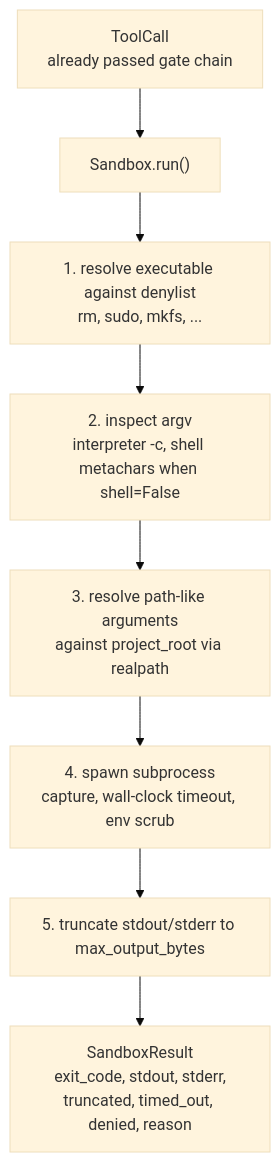
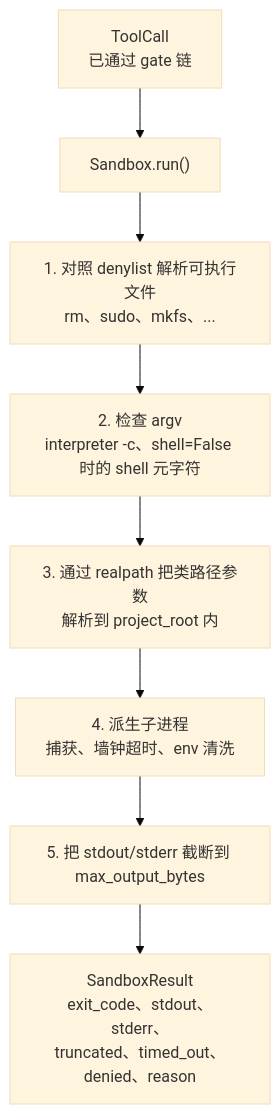
Before and after one commit to JerryC8080/ai-engineering-from-scratch-zh: the first of 2 diagrams in phases/19-capstone-projects/26-sandbox-runner-denylist/docs/zh.md, drawn with Mermaid (base theme). The commit also changed other lines of this file and 156 other files, not shown here.

First line of the commit message:
i18n(zh): translate mermaid diagram labels in 157 lesson zh.md

````diff
--- a/phases/19-capstone-projects/26-sandbox-runner-denylist/docs/zh.md
+++ b/phases/19-capstone-projects/26-sandbox-runner-denylist/docs/zh.md
@@ -36,10 +36,10 @@
 ```mermaid
 flowchart TD
-  Call[ToolCall<br/>already passed gate chain] --> Run["Sandbox.run()"]
-  Run --> S1[1. resolve executable against denylist<br/>rm, sudo, mkfs, ...]
-  S1 --> S2[2. inspect argv<br/>interpreter -c, shell metachars when shell=False]
-  S2 --> S3[3. resolve path-like arguments<br/>against project_root via realpath]
-  S3 --> S4[4. spawn subprocess<br/>capture, wall-clock timeout, env scrub]
-  S4 --> S5[5. truncate stdout/stderr to max_output_bytes]
-  S5 --> Result[SandboxResult<br/>exit_code, stdout, stderr,<br/>truncated, timed_out, denied, reason]
+  Call[ToolCall<br/>已通过 gate 链] --> Run["Sandbox.run()"]
+  Run --> S1[1. 对照 denylist 解析可执行文件<br/>rm、sudo、mkfs、...]
+  S1 --> S2[2. 检查 argv<br/>interpreter -c、shell=False 时的 shell 元字符]
+  S2 --> S3[3. 通过 realpath 把类路径参数<br/>解析到 project_root 内]
+  S3 --> S4[4. 派生子进程<br/>捕获、墙钟超时、env 清洗]
+  S4 --> S5[5. 把 stdout/stderr 截断到 max_output_bytes]
+  S5 --> Result[SandboxResult<br/>exit_code、stdout、stderr、<br/>truncated、timed_out、denied、reason]
 ```
````
